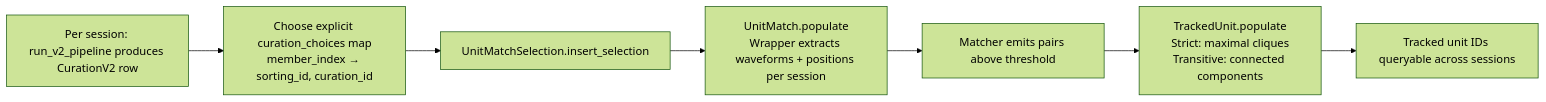
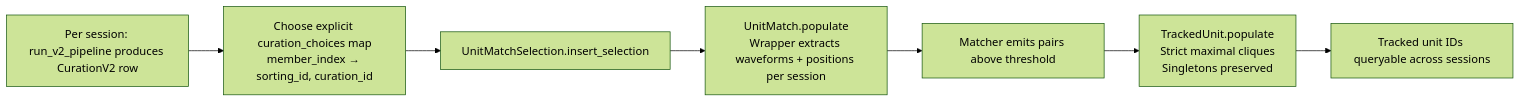
Before and after one commit to LorenFrankLab/spyglass: the second of 2 diagrams in .claude/docs/plans/spikesorting-v2/diagrams/04-phase-4.md, drawn with Mermaid (forest theme). The commit also changed other lines of this file and 7 other files, not shown here.

````diff
--- a/.claude/docs/plans/spikesorting-v2/diagrams/04-phase-4.md
+++ b/.claude/docs/plans/spikesorting-v2/diagrams/04-phase-4.md
@@ -97,9 +97,9 @@
 ```mermaid
 flowchart LR
     A[Per session: run_v2_pipeline produces CurationV2 row] --> B[Choose explicit curation_choices map<br/>member_index → sorting_id, curation_id]
     B --> C[UnitMatchSelection.insert_selection]
     C --> D[UnitMatch.populate<br/>Wrapper extracts waveforms + positions per session]
     D --> E[Matcher emits pairs above threshold]
-    E --> F[TrackedUnit.populate<br/>Strict: maximal cliques<br/>Transitive: connected components]
+    E --> F[TrackedUnit.populate<br/>Strict maximal cliques<br/>Singletons preserved]
     F --> G[Tracked unit IDs queryable across sessions]
 ```
````
